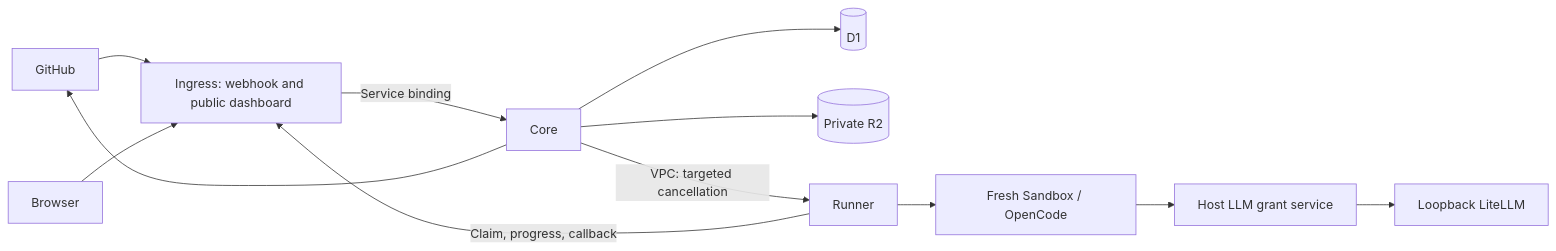
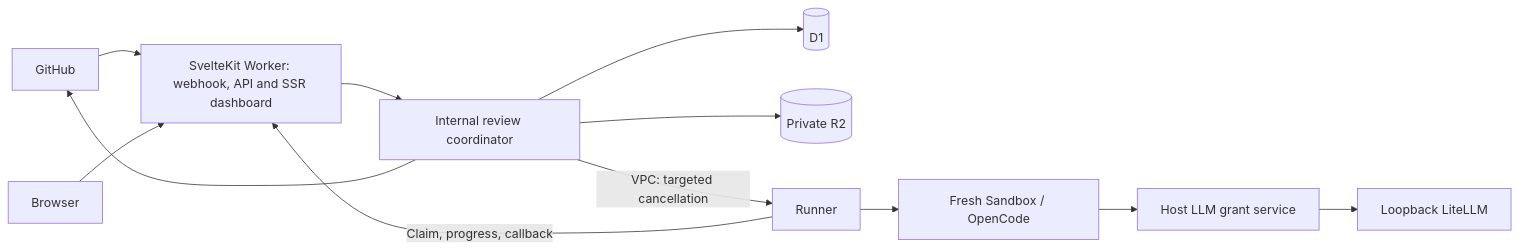
The diagram in docs/design.md (ariga39/compte-rendu), drawn with Mermaid before and after one commit. The commit also changed other lines of this file and 44 other files, not shown here.

Commit message:
feat(dashboard): serve SSR and review APIs from one SvelteKit Worker

````diff
--- a/docs/design.md
+++ b/docs/design.md
@@ -75,14 +75,14 @@
 ```mermaid
 flowchart LR
-  G[GitHub] --> I[Ingress: webhook and public dashboard]
+  G[GitHub] --> I[SvelteKit Worker: webhook, API and SSR dashboard]
   B[Browser] --> I
-  I -->|Service binding| C[Core]
+  I --> C[Internal review coordinator]
   C --> D[(D1)]
   C --> E[(Private R2)]
   C --> G
   R[Runner] -->|Claim, progress, callback| I
   C -->|VPC: targeted cancellation| R
   R --> S[Fresh Sandbox / OpenCode]
   S --> L[Host LLM grant service]
   L --> P[Loopback LiteLLM]
 ```
````
